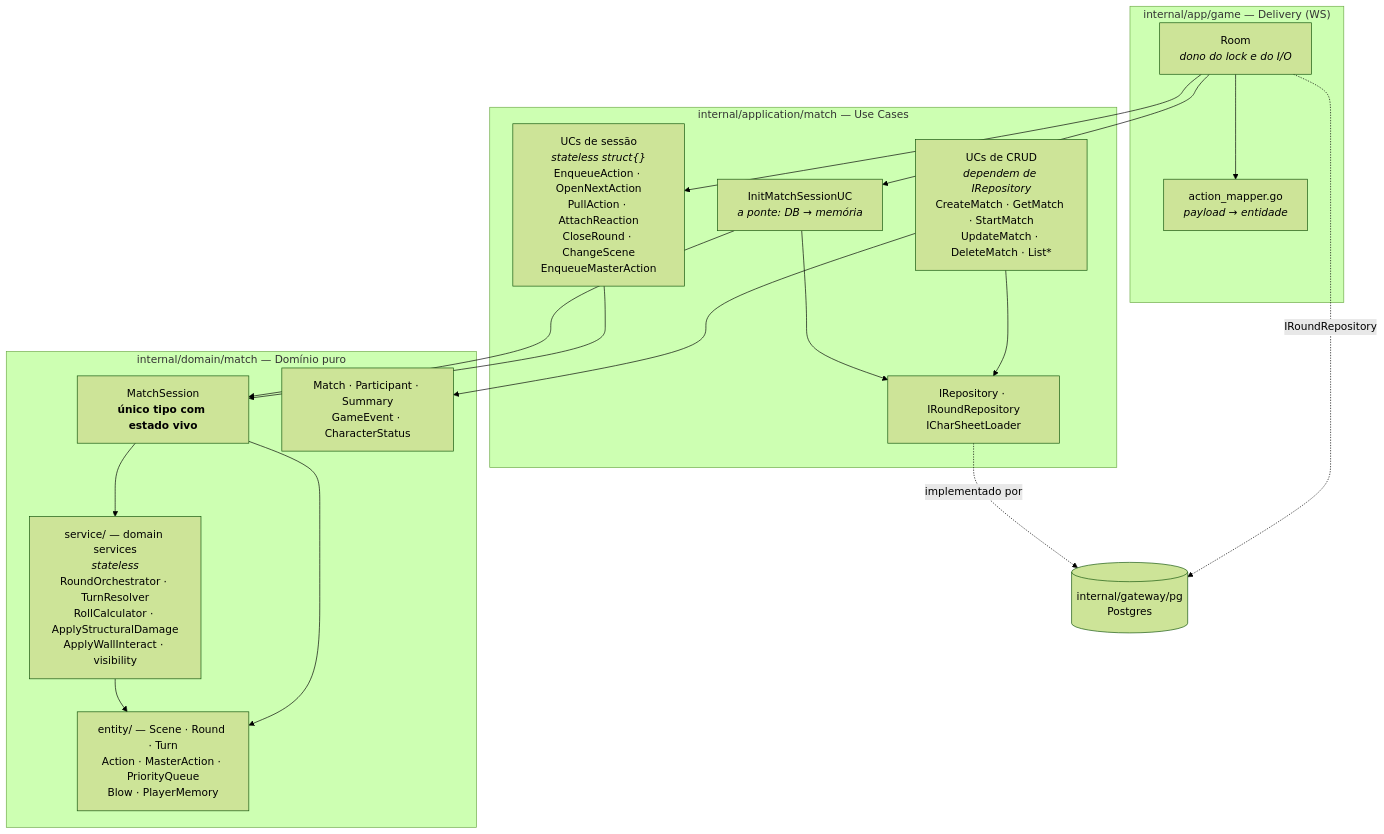
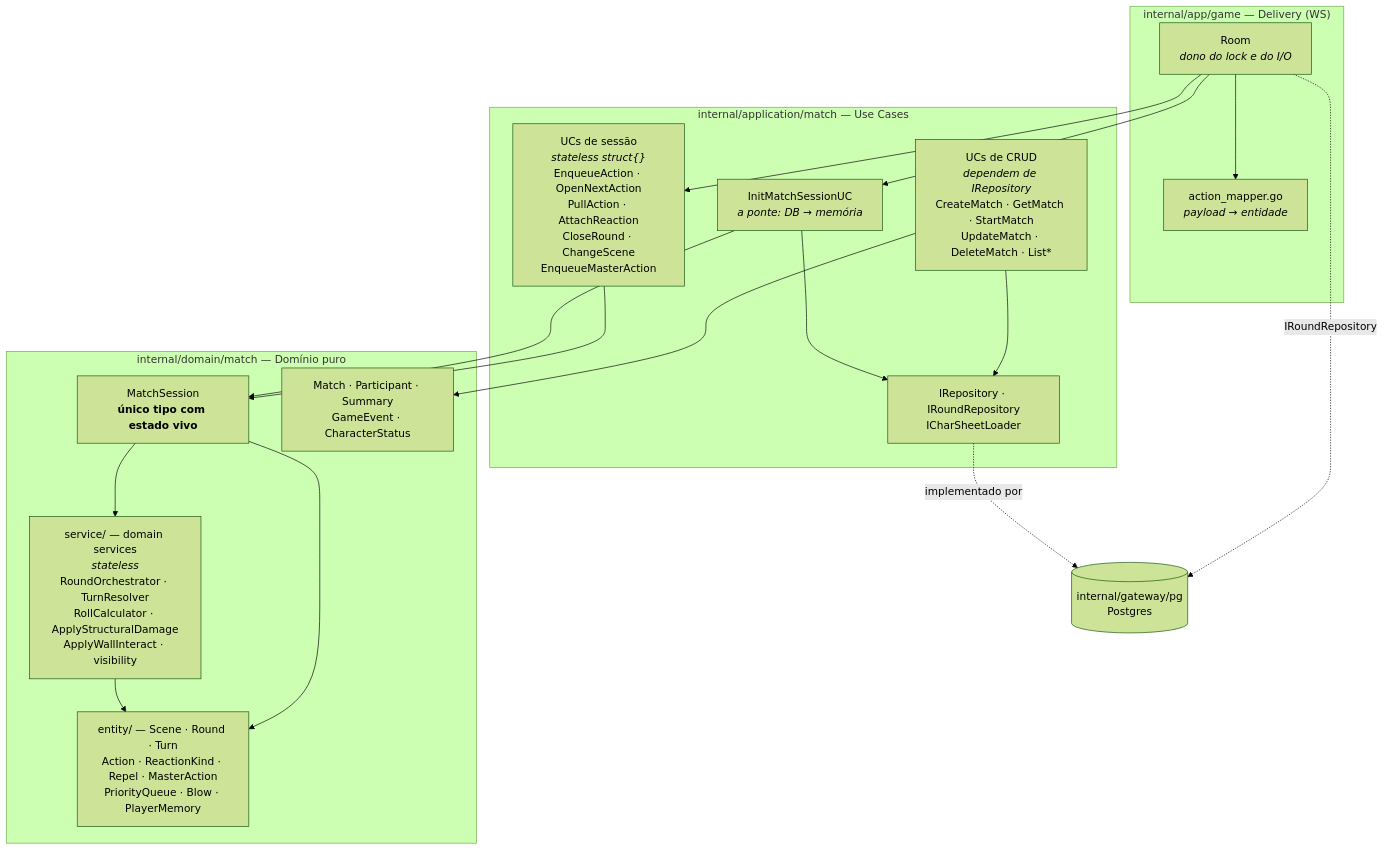
Before and after one commit to 422UR4H/HxH_RPG_System: the first of 4 diagrams in docs/dev/match/flows/01-mapa-de-modulos.md, drawn with Mermaid (forest theme). The commit also changed other lines of this file and 4 other files, not shown here.

````diff
--- a/docs/dev/match/flows/01-mapa-de-modulos.md
+++ b/docs/dev/match/flows/01-mapa-de-modulos.md
@@ -5,37 +5,37 @@
 ```mermaid
 flowchart TB
     subgraph delivery["internal/app/game — Delivery (WS)"]
         Room["Room<br/><i>dono do lock e do I/O</i>"]
         Mapper["action_mapper.go<br/><i>payload → entidade</i>"]
     end
 
     subgraph app["internal/application/match — Use Cases"]
         UCsess["UCs de sessão<br/><i>stateless struct{}</i><br/>EnqueueAction · OpenNextAction<br/>PullAction · AttachReaction<br/>CloseRound · ChangeScene<br/>EnqueueMasterAction"]
         UCcrud["UCs de CRUD<br/><i>dependem de IRepository</i><br/>CreateMatch · GetMatch · StartMatch<br/>UpdateMatch · DeleteMatch · List*"]
         UCinit["InitMatchSessionUC<br/><i>a ponte: DB → memória</i>"]
         Ifaces["IRepository · IRoundRepository<br/>ICharSheetLoader"]
     end
 
     subgraph domain["internal/domain/match — Domínio puro"]
         Session["MatchSession<br/><b>único tipo com estado vivo</b>"]
         Svc["service/ — domain services<br/><i>stateless</i><br/>RoundOrchestrator · TurnResolver<br/>RollCalculator · ApplyStructuralDamage<br/>ApplyWallInteract · visibility"]
-        Ent["entity/ — Scene · Round · Turn<br/>Action · MasterAction · PriorityQueue<br/>Blow · PlayerMemory"]
+        Ent["entity/ — Scene · Round · Turn<br/>Action · ReactionKind · Repel · MasterAction<br/>PriorityQueue · Blow · PlayerMemory"]
         Agg["Match · Participant · Summary<br/>GameEvent · CharacterStatus"]
     end
 
     Gateway[("internal/gateway/pg<br/>Postgres")]
 
     Room --> Mapper
     Room --> UCsess
     Room --> UCinit
     Room -.->|IRoundRepository| Gateway
     UCcrud --> Ifaces
     UCinit --> Ifaces
     Ifaces -.->|implementado por| Gateway
     UCsess --> Session
     UCinit --> Session
     Session --> Svc
     Session --> Ent
     Svc --> Ent
     UCcrud --> Agg
 ```
````
